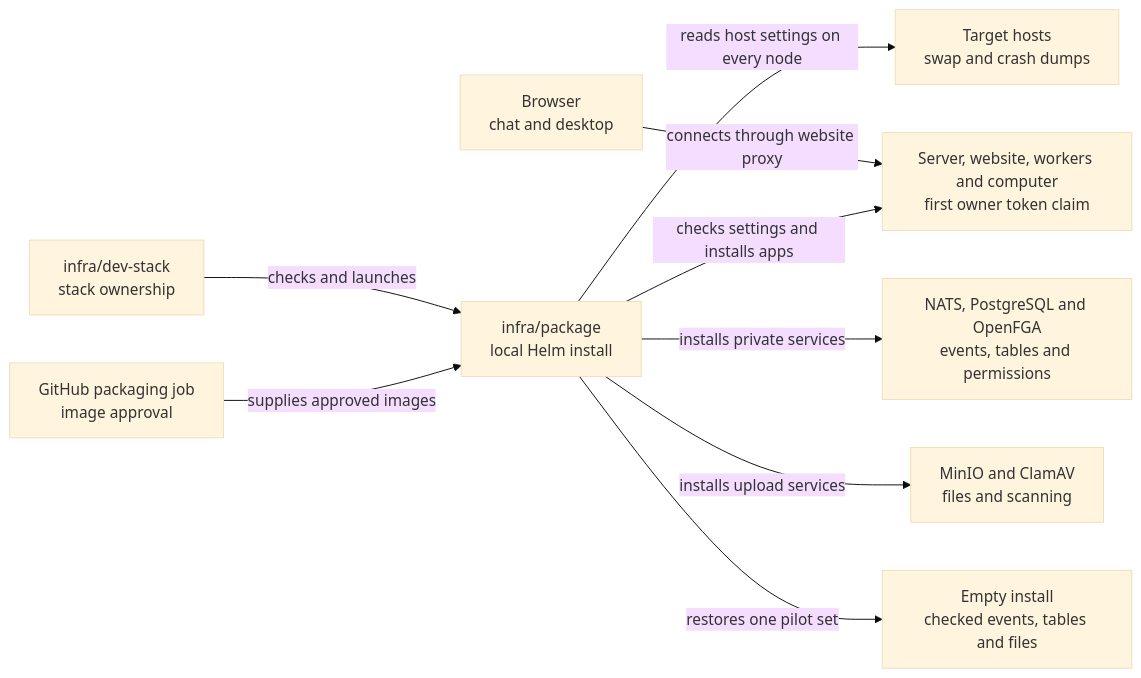
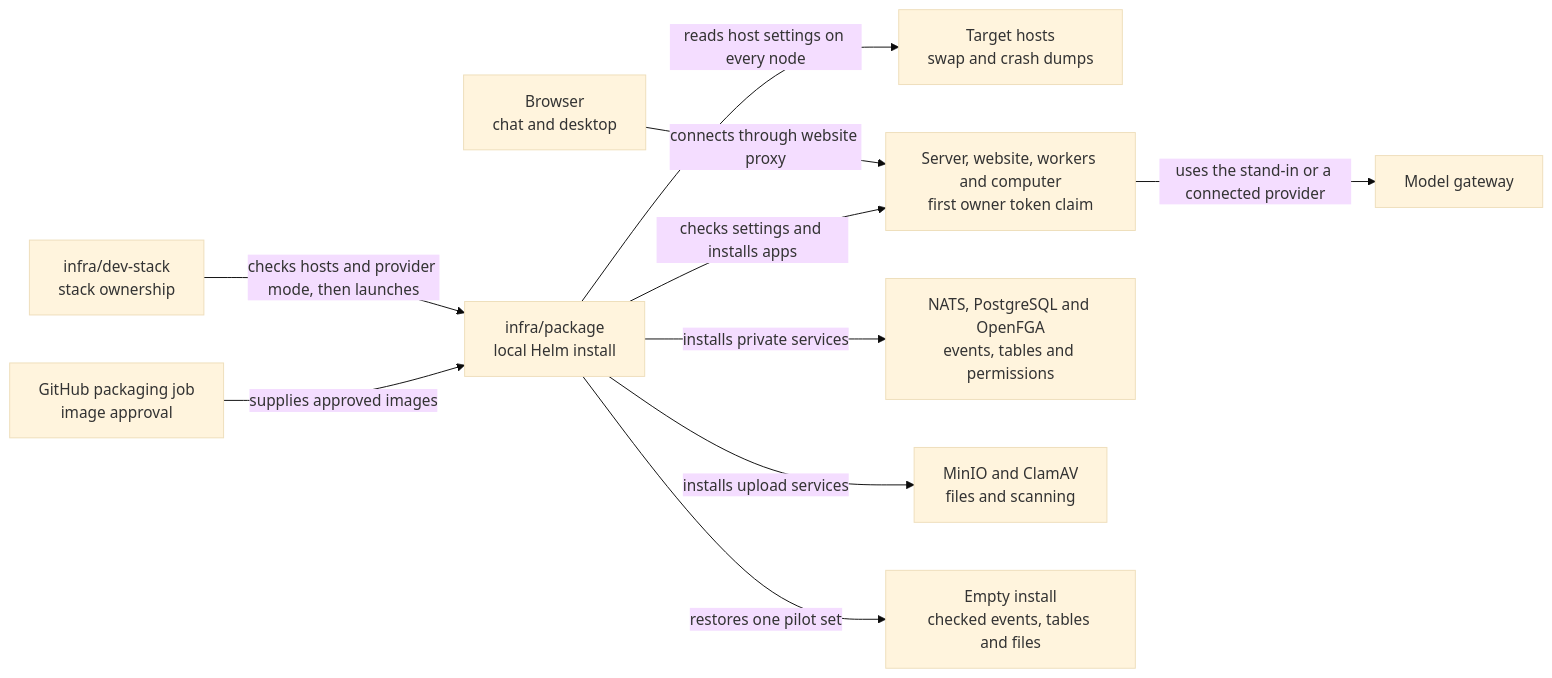
One commit to elewa-git/opencrane-new changed the diagram in infra/package/README.md. Above: the diagram before and after it, drawn with Mermaid (base theme). The commit also changed other lines of this file and 201 other files, not shown here.

First line of the commit message:
🧠 Let packaged chat use a connected provider (#1166)

````diff
--- a/infra/package/README.md
+++ b/infra/package/README.md
@@ -18,11 +18,12 @@
 ```mermaid
 flowchart LR
-  stack["infra/dev-stack<br/>stack ownership"] -->|checks and launches| package["infra/package<br/>local Helm install"]
+  stack["infra/dev-stack<br/>stack ownership"] -->|checks hosts and provider mode, then launches| package["infra/package<br/>local Helm install"]
   packaging["GitHub packaging job<br/>image approval"] -->|supplies approved images| package
   package -->|reads host settings on every node| hosts["Target hosts<br/>swap and crash dumps"]
   browser["Browser<br/>chat and desktop"] -->|connects through website proxy| apps
   package -->|checks settings and installs apps| apps["Server, website, workers and computer<br/>first owner token claim"]
   package -->|installs private services| services["NATS, PostgreSQL and OpenFGA<br/>events, tables and permissions"]
+  apps -->|uses the stand-in or a connected provider| models["Model gateway"]
   package -->|installs upload services| files["MinIO and ClamAV<br/>files and scanning"]
   package -->|restores one pilot set| restore["Empty install<br/>checked events, tables and files"]
 ```
````
